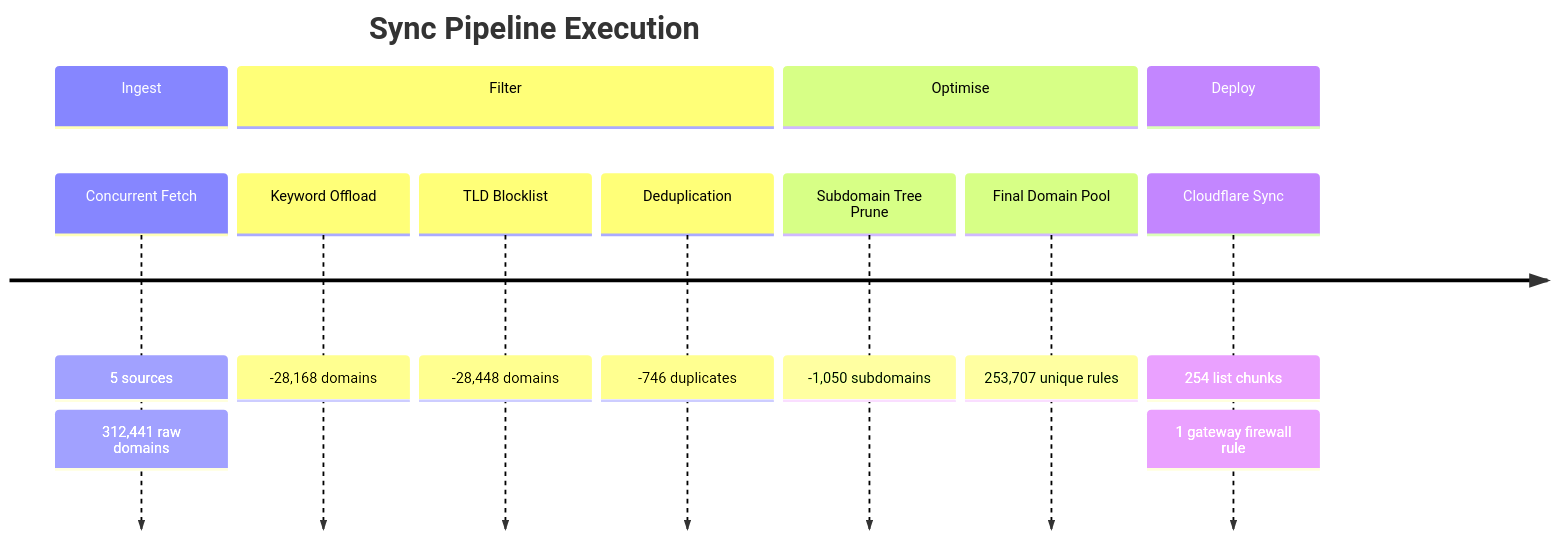
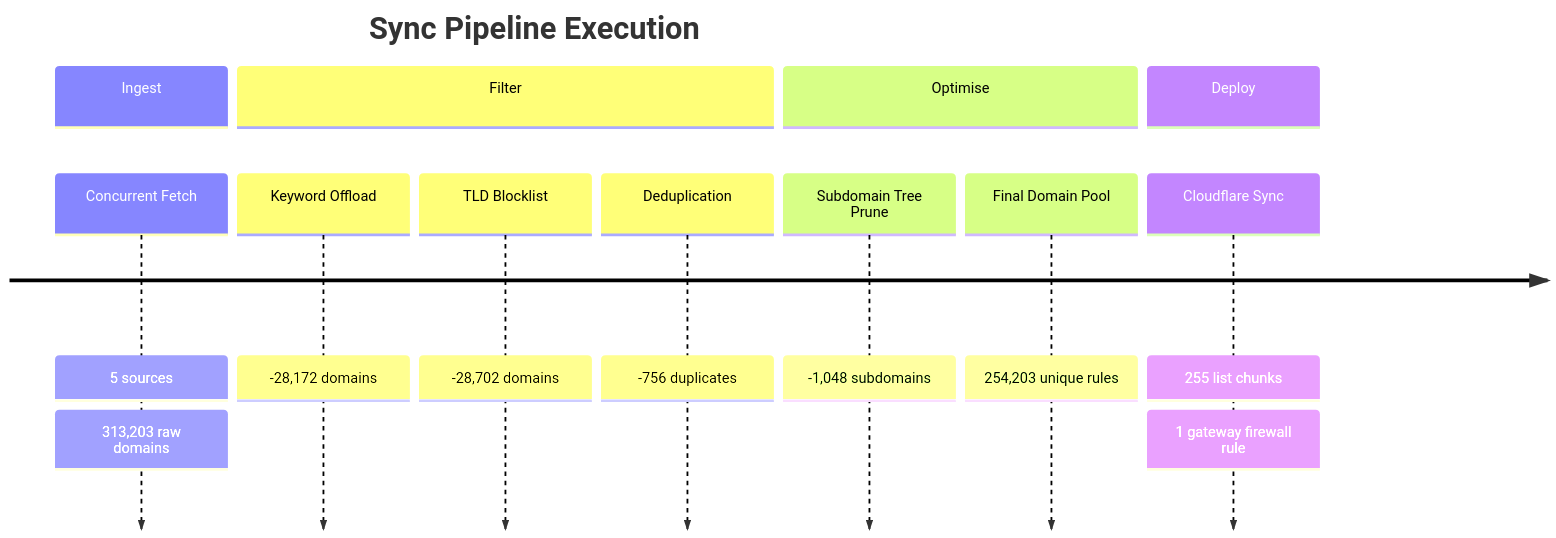
One commit to brojangles24/Cloudflare-ZeroTrust-AdBlock changed the second of 6 diagrams in README_STATS.md. Above: the diagram before and after it, drawn with Mermaid. The commit also changed other lines of this file and 1 other file, not shown here.

````diff
--- a/README_STATS.md
+++ b/README_STATS.md
@@ -54,17 +54,17 @@
 ```mermaid
 timeline
     title Sync Pipeline Execution
     section Ingest
         Concurrent Fetch   : 5 sources
-                           : 312,441 raw domains
+                           : 313,203 raw domains
     section Filter
-        Keyword Offload    : -28,168 domains
-        TLD Blocklist      : -28,448 domains
-        Deduplication      : -746 duplicates
+        Keyword Offload    : -28,172 domains
+        TLD Blocklist      : -28,702 domains
+        Deduplication      : -756 duplicates
     section Optimise
-        Subdomain Tree Prune : -1,050 subdomains
-        Final Domain Pool    : 253,707 unique rules
+        Subdomain Tree Prune : -1,048 subdomains
+        Final Domain Pool    : 254,203 unique rules
     section Deploy
-        Cloudflare Sync    : 254 list chunks
+        Cloudflare Sync    : 255 list chunks
                            : 1 gateway firewall rule
 ```
````
